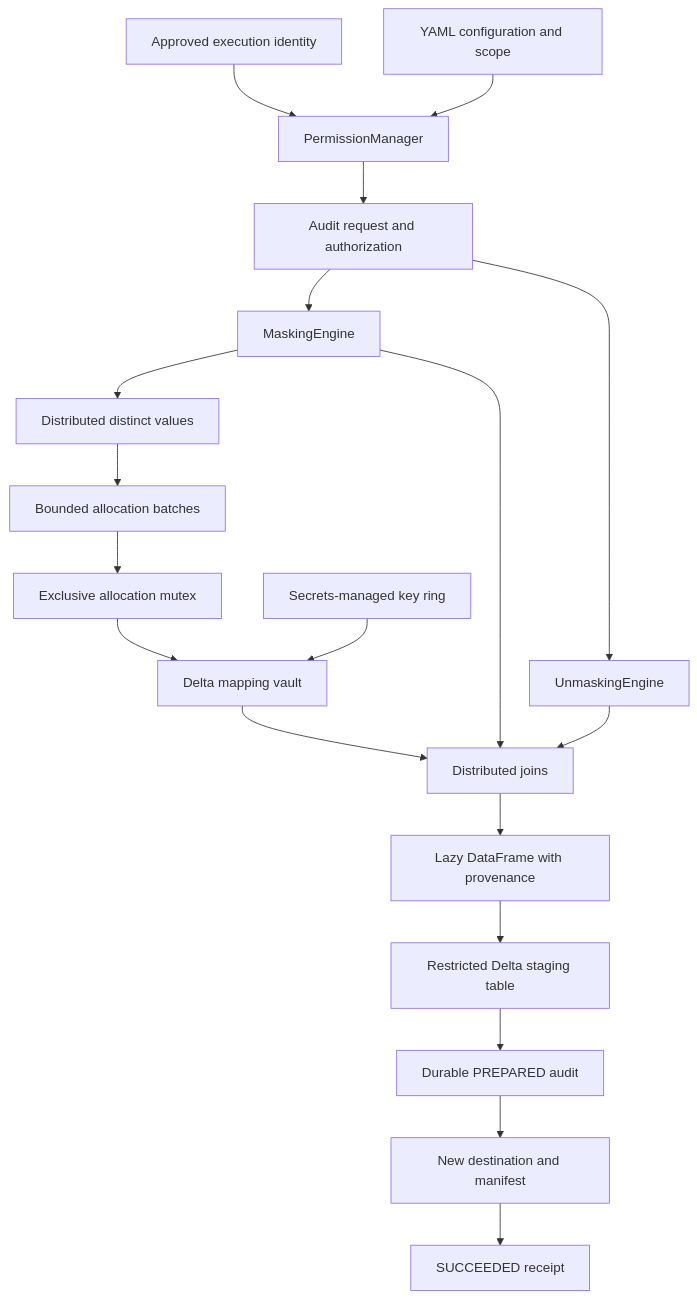
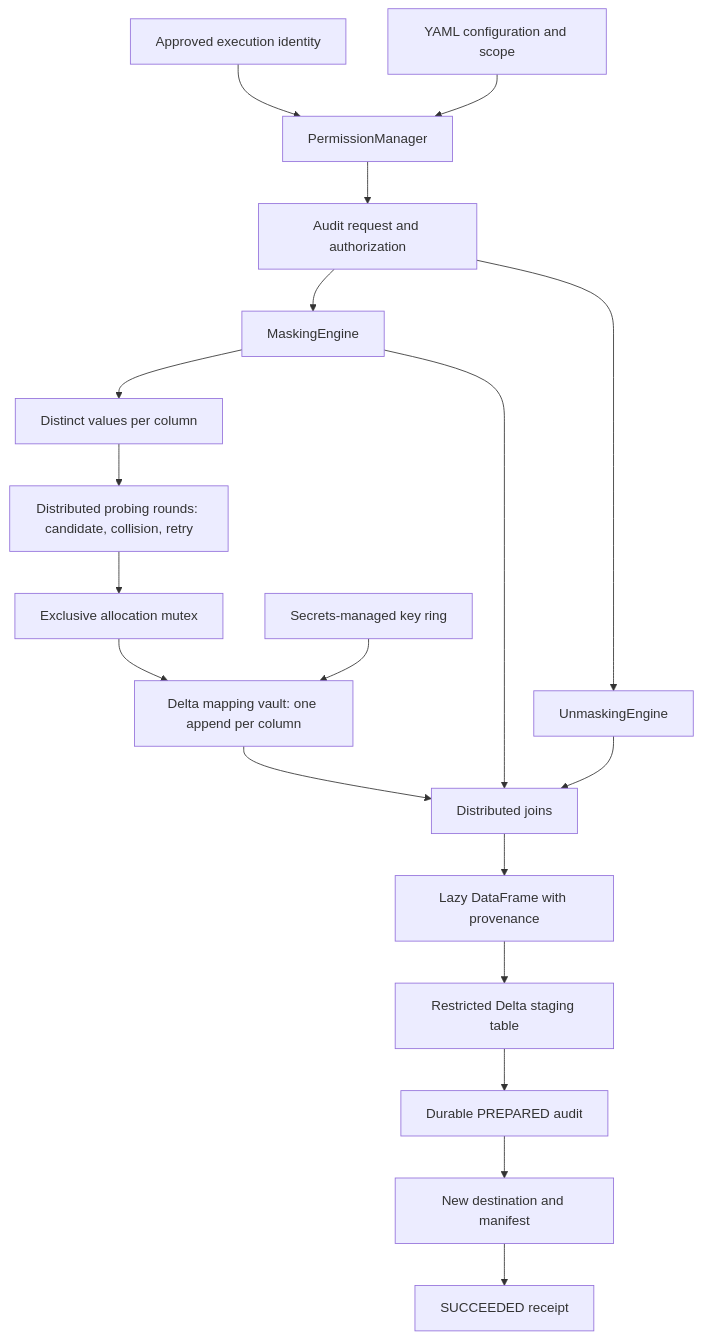
Before and after one commit to aviral-bhardwaj/wyndham_mask: the diagram in docs/ARCHITECTURE.md, drawn with Mermaid. The commit also changed other lines of this file and 24 other files, not shown here.

````diff
--- a/docs/ARCHITECTURE.md
+++ b/docs/ARCHITECTURE.md
@@ -3,21 +3,21 @@
 ```mermaid
 flowchart TD
     R[Approved execution identity] --> P[PermissionManager]
     C[YAML configuration and scope] --> P
     P --> A[Audit request and authorization]
     A --> M[MaskingEngine]
     A --> U[UnmaskingEngine]
-    M --> D[Distributed distinct values]
-    D --> B[Bounded allocation batches]
+    M --> D[Distinct values per column]
+    D --> B[Distributed probing rounds: candidate, collision, retry]
     B --> L[Exclusive allocation mutex]
-    L --> V[Delta mapping vault]
+    L --> V[Delta mapping vault: one append per column]
     K[Secrets-managed key ring] --> V
     V --> J[Distributed joins]
     M --> J
     U --> J
     J --> F[Lazy DataFrame with provenance]
     F --> S[Restricted Delta staging table]
     S --> Q[Durable PREPARED audit]
     Q --> T[New destination and manifest]
     T --> Z[SUCCEEDED receipt]
 ```
````
